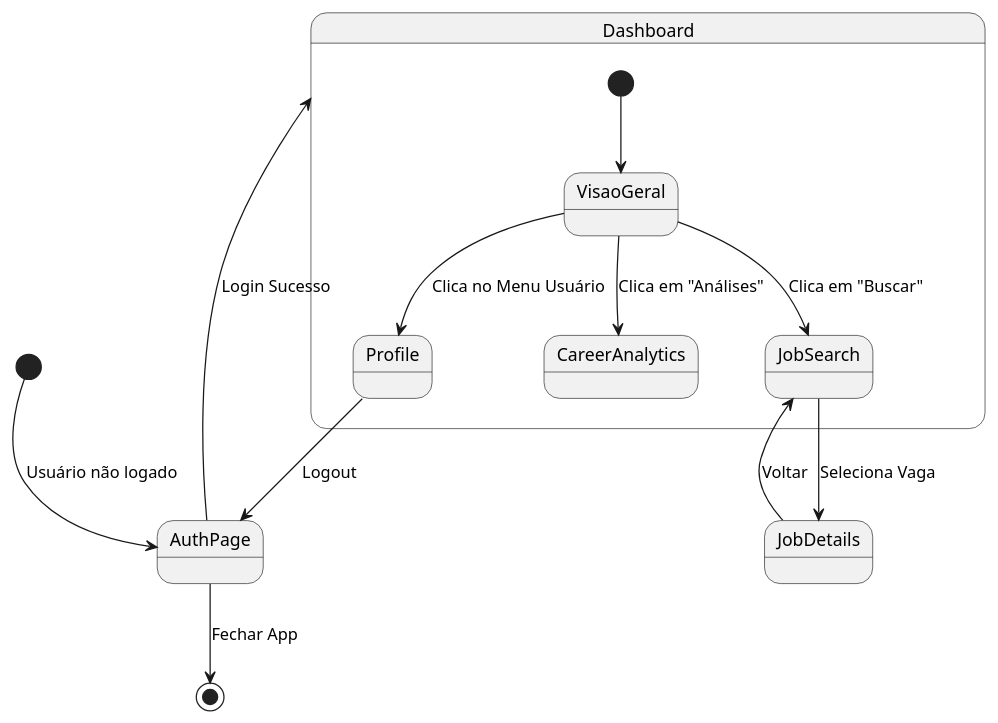
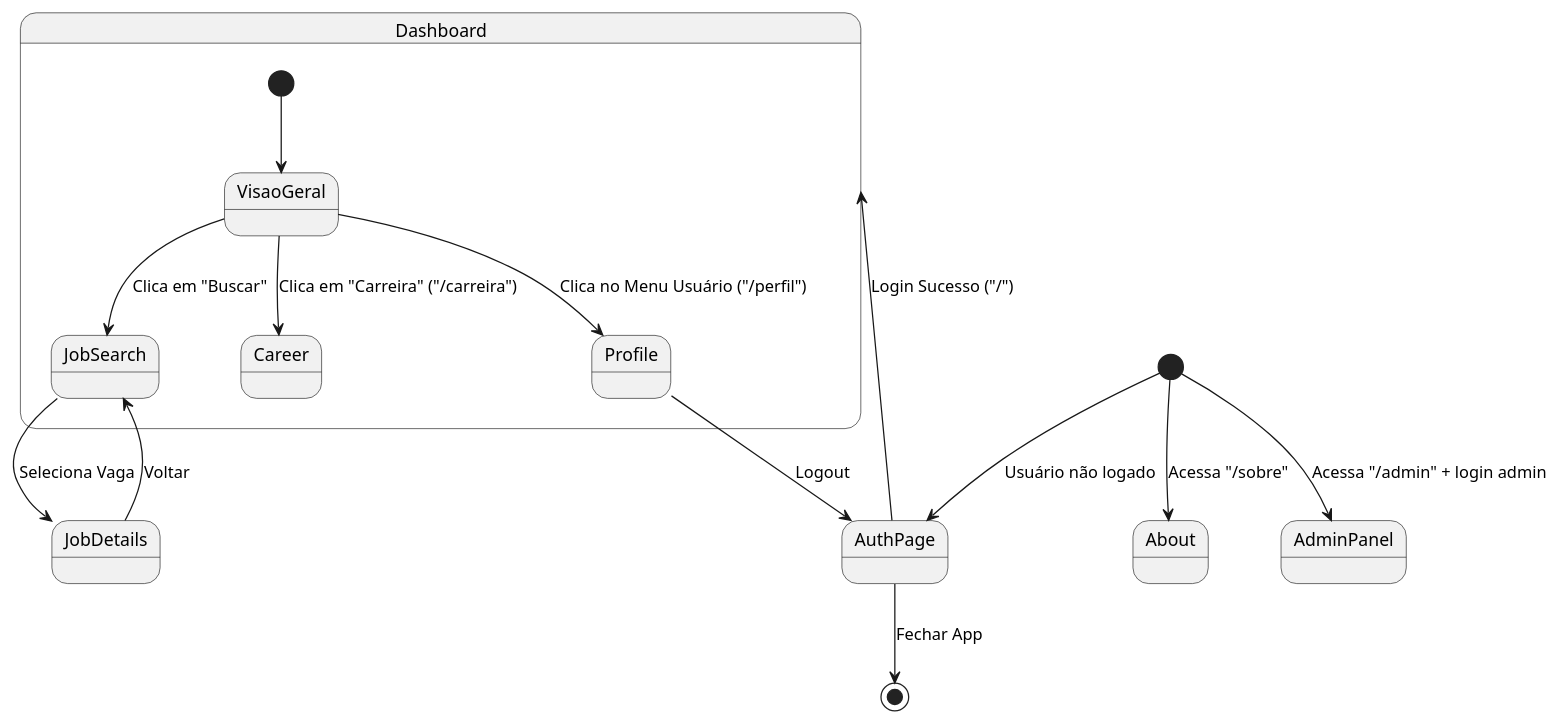
One commit to Midlab-my/Worky changed the diagram in uml_diagrams/4_navegacao.wsd. Above: the diagram before and after it, drawn with PlantUML. The commit also changed 28 other files, not shown here.

Commit message:
feat: add new pages and components for user navigation, enhance SiteHeader with dynamic links, and integrate referral system in Profile and Career pages

```diff
--- a/uml_diagrams/4_navegacao.wsd
+++ b/uml_diagrams/4_navegacao.wsd
@@ -1,17 +1,20 @@
 @startuml
 [*] --> AuthPage : Usuário não logado
-AuthPage --> Dashboard : Login Sucesso
+AuthPage --> Dashboard : Login Sucesso ("/")
 
 state Dashboard {
   [*] --> VisaoGeral
   VisaoGeral --> JobSearch : Clica em "Buscar"
-  VisaoGeral --> CareerAnalytics : Clica em "Análises"
-  VisaoGeral --> Profile : Clica no Menu Usuário
+  VisaoGeral --> Career : Clica em "Carreira" ("/carreira")
+  VisaoGeral --> Profile : Clica no Menu Usuário ("/perfil")
 }
 
 JobSearch --> JobDetails : Seleciona Vaga
 JobDetails --> JobSearch : Voltar
 
 Profile --> AuthPage : Logout
+[*] --> About : Acessa "/sobre"
+[*] --> AdminPanel : Acessa "/admin" + login admin
+
 AuthPage --> [*] : Fechar App
 @enduml
```
